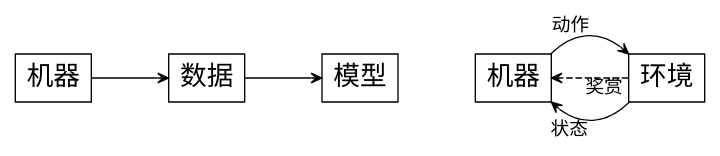
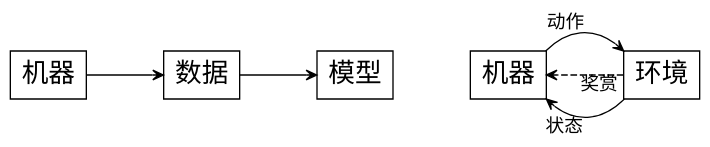
The sixth of 13 diagrams in 190731-rl-intro/190731-rl-intro-notes.md (Avanti1980/presentation), drawn with Graphviz before and after one commit. The commit also changed other lines of this file and 5 other files, not shown here.

````diff
--- a/190731-rl-intro/190731-rl-intro-notes.md
+++ b/190731-rl-intro/190731-rl-intro-notes.md
@@ -1228,25 +708,26 @@
 ```dot
 digraph g {
-  node[shape=box, fontsize=20, fontname="fz-sxslk"]
-  edge [arrowhead=vee arrowsize=0.8, fontname="fz-sxslk"]
+  node[shape=box, fontsize=20, fontname="EBG, fzlz"]
+  edge [arrowhead=vee arrowsize=0.8, fontname="EBG, fzlz"]
   graph [nodesep=0.8, ranksep=2.6]
+  bgcolor="transparent"
 
   subgraph ml {
     label = 机器学习
     subgraph nrl {
       label = 非强化学习
       m1 [label="机器"]
       {rank = same; m1 数据 模型}
       m1 -> 数据 -> 模型
     }
     subgraph rl {
       label = 强化学习
       m2 [label="机器"]
       {rank = same; m2 环境}
       m2:ne -> 环境:nw [xlabel="动作"]
       环境:sw -> m2:se [xlabel="  状态"]
       环境:w -> m2:e [xlabel="  奖赏", style=dashed]
     }
   }
 }
 ```
````
